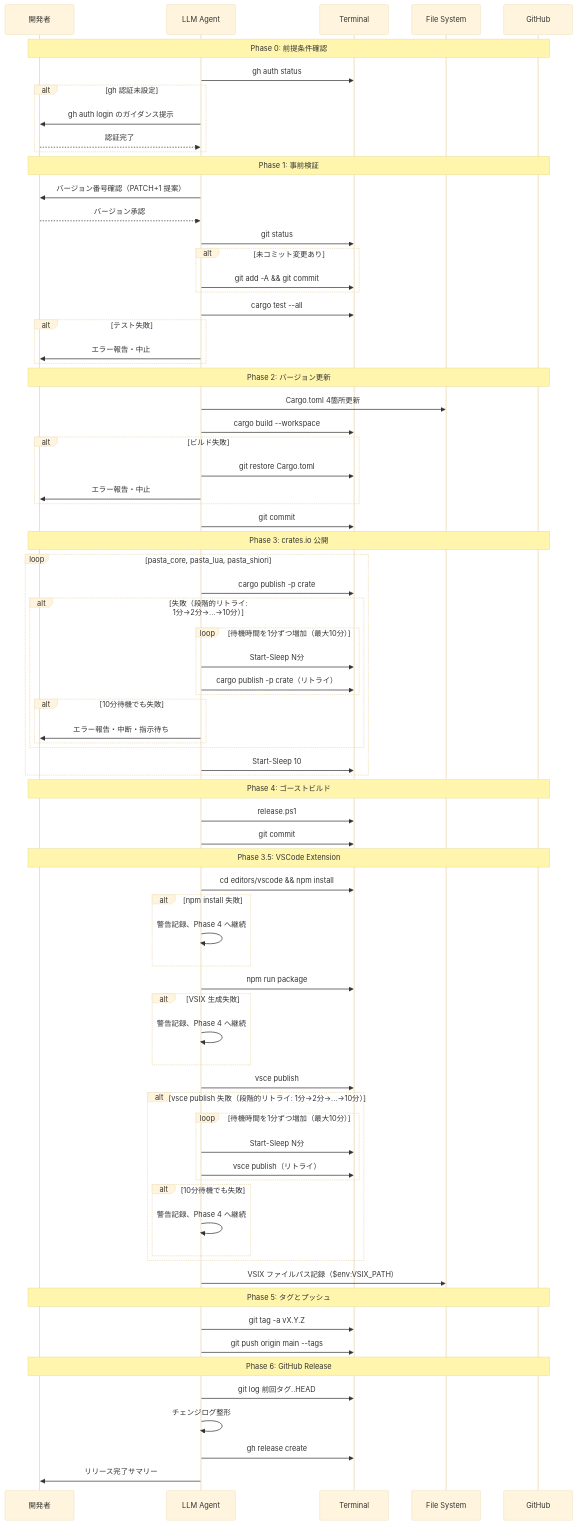
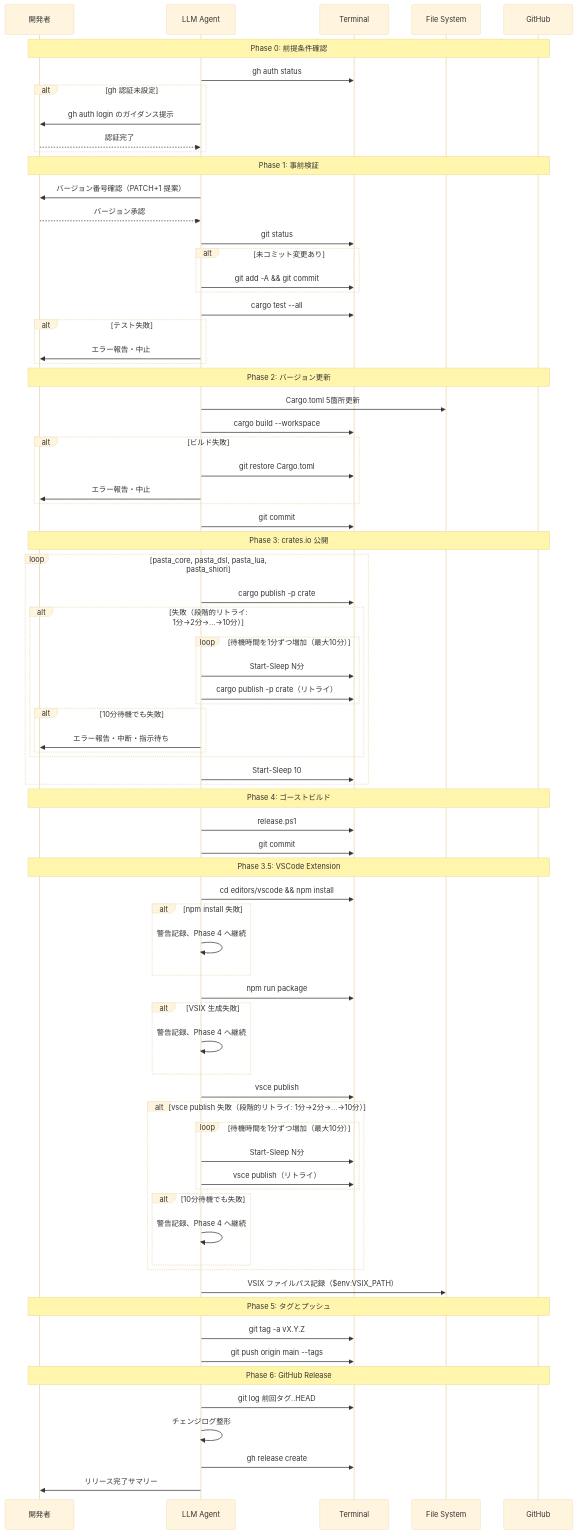
The second of 3 diagrams in .kiro/specs/release-workflow/design.md (ekicyou/pasta), drawn with Mermaid (base theme) before and after one commit. The commit also changed other lines of this file and 4 other files, not shown here.

```diff
--- a/.kiro/specs/release-workflow/design.md
+++ b/.kiro/specs/release-workflow/design.md
@@ -159,7 +161,7 @@
     end
 
     Note over Dev,GH: Phase 2: バージョン更新
-    LLM->>FS: Cargo.toml 4箇所更新
+    LLM->>FS: Cargo.toml 5箇所更新
     LLM->>Term: cargo build --workspace
     alt ビルド失敗
         LLM->>Term: git restore Cargo.toml
@@ -168,7 +170,7 @@
     LLM->>Term: git commit
 
     Note over Dev,GH: Phase 3: crates.io 公開
-    loop pasta_core, pasta_lua, pasta_shiori
+    loop pasta_core, pasta_dsl, pasta_lua, pasta_shiori
         LLM->>Term: cargo publish -p crate
         alt 失敗（段階的リトライ: 1分→2分→...→10分）
             loop 待機時間を1分ずつ増加（最大10分）
```
